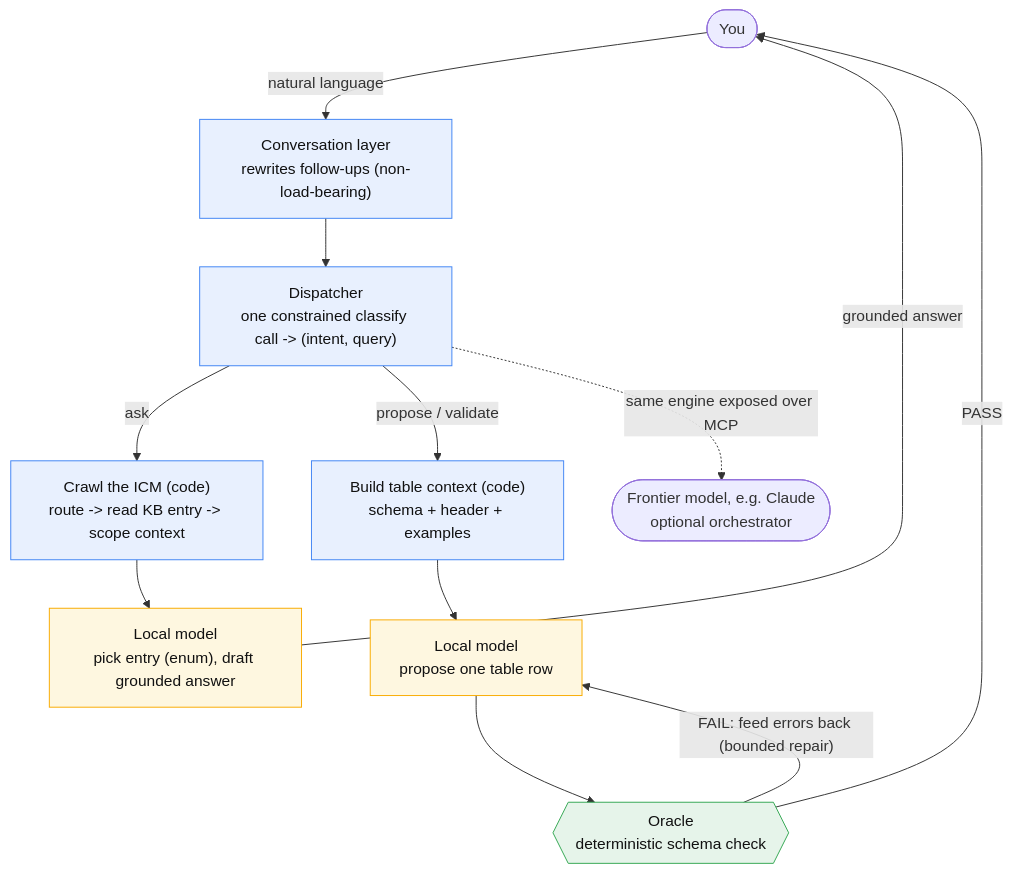
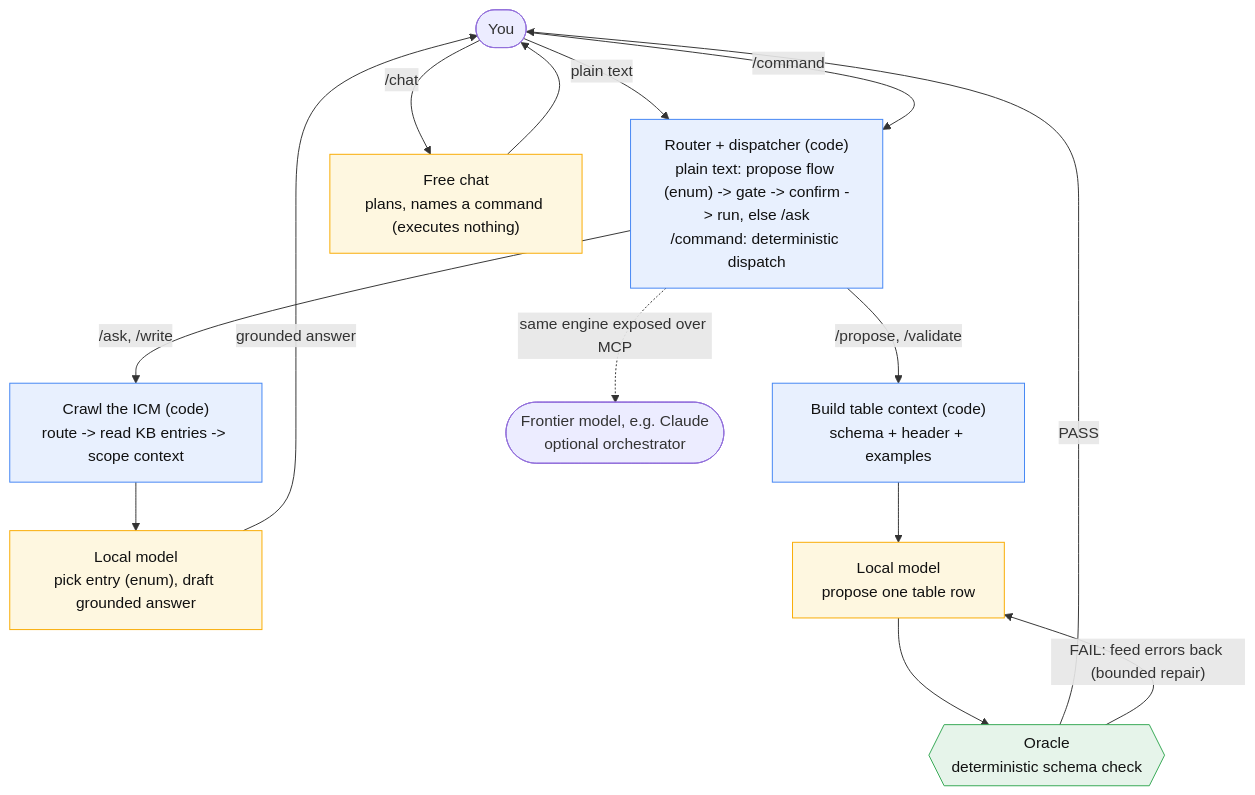
One commit to CurtisSlone/ICM_Local_IDE changed the diagram in README.md. Above: the diagram before and after it, drawn with Mermaid. The commit also changed other lines of this file and 25 other files, not shown here.

````diff
--- a/README.md
+++ b/README.md
@@ -80,25 +85,27 @@
 ```mermaid
 flowchart TD
-    you([You]) -->|natural language| conv["Conversation layer<br/>rewrites follow-ups (non-load-bearing)"]
-    conv --> disp["Dispatcher<br/>one constrained classify call -> (intent, query)"]
+    you([You]) -->|plain text| disp["Router + dispatcher (code)<br/>plain text: propose flow (enum) -> gate -> confirm -> run, else /ask<br/>/command: deterministic dispatch"]
+    you -->|/command| disp
+    you -->|/chat| chat["Free chat<br/>plans, names a command (executes nothing)"]
+    chat --> you
 
-    disp -->|ask| crawl["Crawl the ICM (code)<br/>route -> read KB entry -> scope context"]
-    disp -->|propose / validate| build["Build table context (code)<br/>schema + header + examples"]
+    disp -->|/ask, /write| crawl["Crawl the ICM (code)<br/>route -> read KB entries -> scope context"]
+    disp -->|/propose, /validate| build["Build table context (code)<br/>schema + header + examples"]
 
     crawl --> mAsk["Local model<br/>pick entry (enum), draft grounded answer"]
     build --> mRow["Local model<br/>propose one table row"]
 
     mAsk -->|grounded answer| you
     mRow --> oracle{{"Oracle<br/>deterministic schema check"}}
     oracle -->|PASS| you
     oracle -->|"FAIL: feed errors back (bounded repair)"| mRow
 
     disp -. same engine exposed over MCP .-> claude([Frontier model, e.g. Claude<br/>optional orchestrator])
 
     classDef codeNode fill:#e8f0fe,stroke:#4285f4,color:#111;
     classDef modelNode fill:#fef7e0,stroke:#f9ab00,color:#111;
     classDef oracleNode fill:#e6f4ea,stroke:#34a853,color:#111;
-    class conv,disp,crawl,build codeNode;
-    class mAsk,mRow modelNode;
+    class disp,crawl,build codeNode;
+    class chat,mAsk,mRow modelNode;
     class oracle oracleNode;
 ```
````
